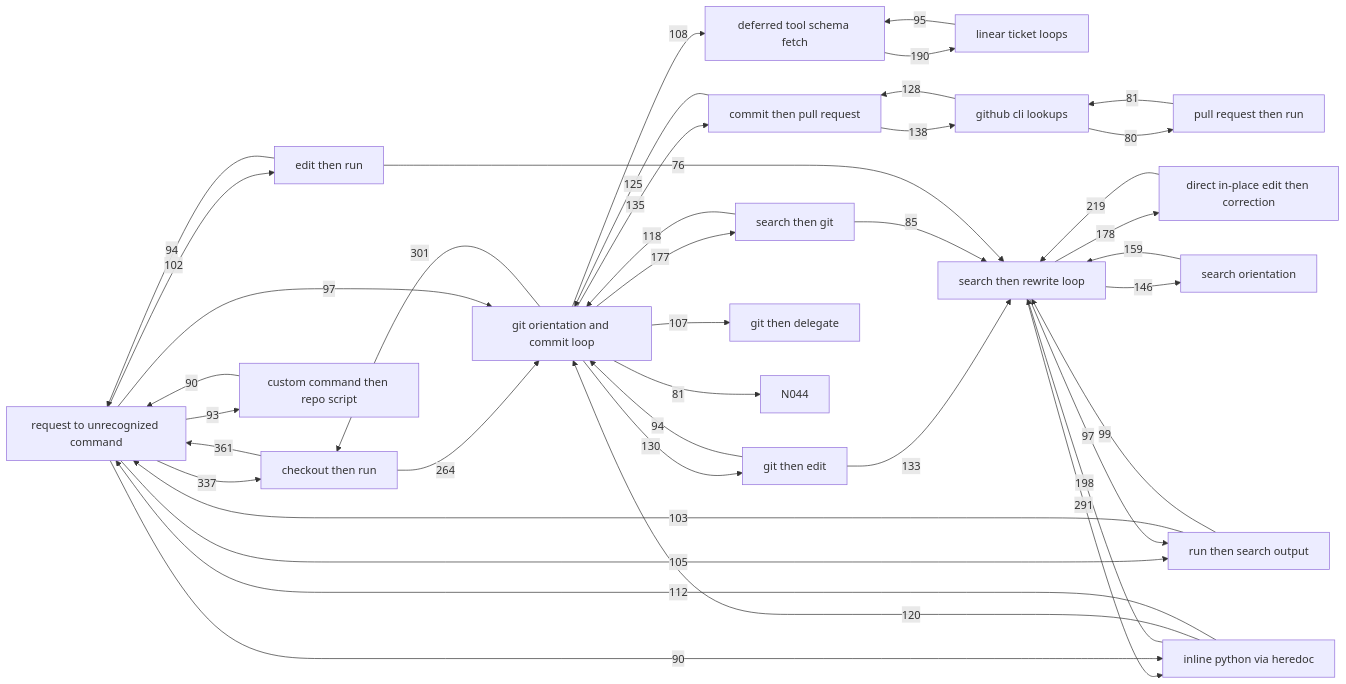
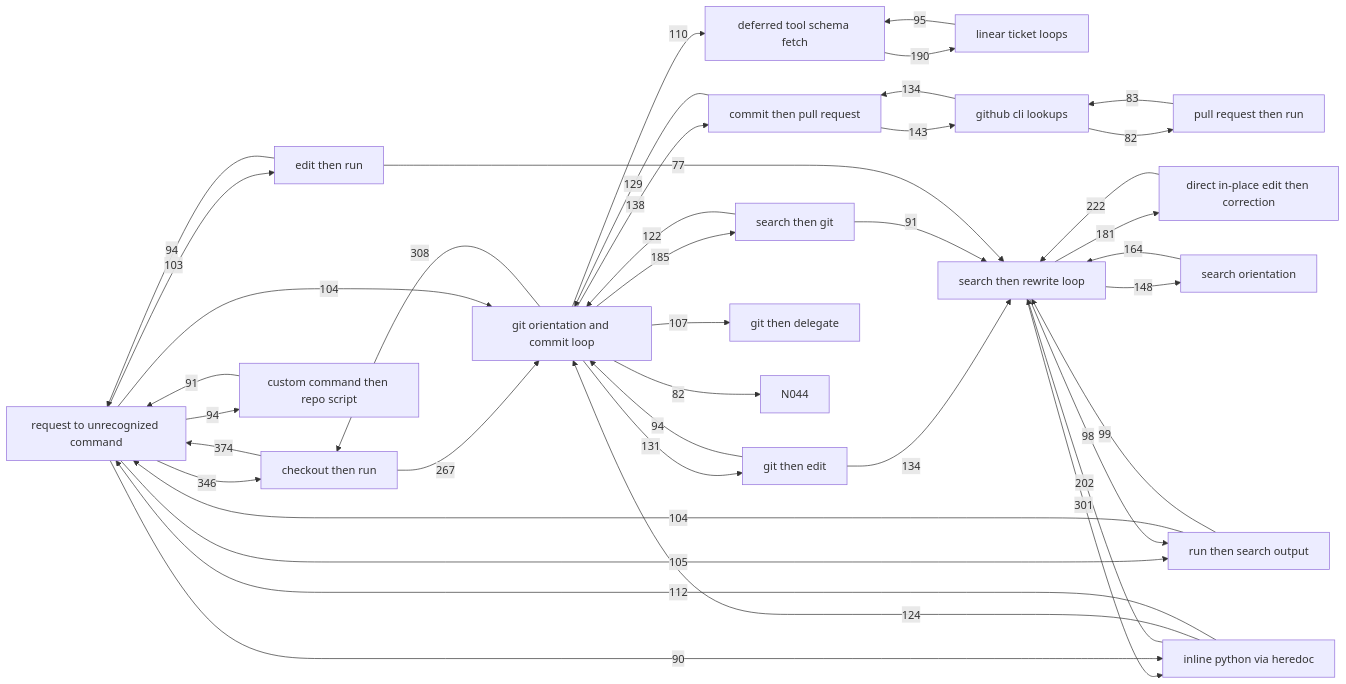
Before and after one commit to aidanff/comb: the diagram in candidates.md, drawn with Mermaid. The commit also changed other lines of this file and 2 other files, not shown here.

````diff
--- a/candidates.md
+++ b/candidates.md
@@ -435,62 +443,62 @@
 ```mermaid
 graph LR
   N001["deferred tool schema fetch"]
   N002["request to unrecognized command"]
   N003["git orientation and commit loop"]
   N004["linear ticket loops"]
   N006["inline python via heredoc"]
   N007["search then rewrite loop"]
   N009["checkout then run"]
   N010["direct in-place edit then correction"]
   N012["search orientation"]
   N014["edit then run"]
   N015["github cli lookups"]
   N016["run then search output"]
   N017["git then edit"]
   N019["commit then pull request"]
   N020["custom command then repo script"]
   N023["pull request then run"]
   N028["search then git"]
   N037["git then delegate"]
   N044["N044"]
-  N009 -->|361| N002
-  N002 -->|337| N009
-  N003 -->|301| N009
-  N007 -->|291| N006
-  N009 -->|264| N003
-  N010 -->|219| N007
-  N006 -->|198| N007
+  N009 -->|374| N002
+  N002 -->|346| N009
+  N003 -->|308| N009
+  N007 -->|301| N006
+  N009 -->|267| N003
+  N010 -->|222| N007
+  N006 -->|202| N007
   N001 -->|190| N004
-  N007 -->|178| N010
-  N003 -->|177| N028
-  N012 -->|159| N007
-  N007 -->|146| N012
-  N019 -->|138| N015
-  N003 -->|135| N019
-  N017 -->|133| N007
-  N003 -->|130| N017
-  N015 -->|128| N019
-  N019 -->|125| N003
-  N006 -->|120| N003
-  N028 -->|118| N003
+  N003 -->|185| N028
+  N007 -->|181| N010
+  N012 -->|164| N007
+  N007 -->|148| N012
+  N019 -->|143| N015
+  N003 -->|138| N019
+  N015 -->|134| N019
+  N017 -->|134| N007
+  N003 -->|131| N017
+  N019 -->|129| N003
+  N006 -->|124| N003
+  N028 -->|122| N003
   N006 -->|112| N002
-  N003 -->|108| N001
+  N003 -->|110| N001
   N003 -->|107| N037
   N002 -->|105| N016
-  N016 -->|103| N002
-  N002 -->|102| N014
+  N002 -->|104| N003
+  N016 -->|104| N002
+  N002 -->|103| N014
   N016 -->|99| N007
-  N002 -->|97| N003
-  N007 -->|97| N016
+  N007 -->|98| N016
   N004 -->|95| N001
+  N002 -->|94| N020
   N014 -->|94| N002
   N017 -->|94| N003
-  N002 -->|93| N020
+  N020 -->|91| N002
+  N028 -->|91| N007
   N002 -->|90| N006
-  N020 -->|90| N002
-  N028 -->|85| N007
-  N003 -->|81| N044
-  N023 -->|81| N015
-  N015 -->|80| N023
-  N014 -->|76| N007
+  N023 -->|83| N015
+  N003 -->|82| N044
+  N015 -->|82| N023
+  N014 -->|77| N007
 ```
````
